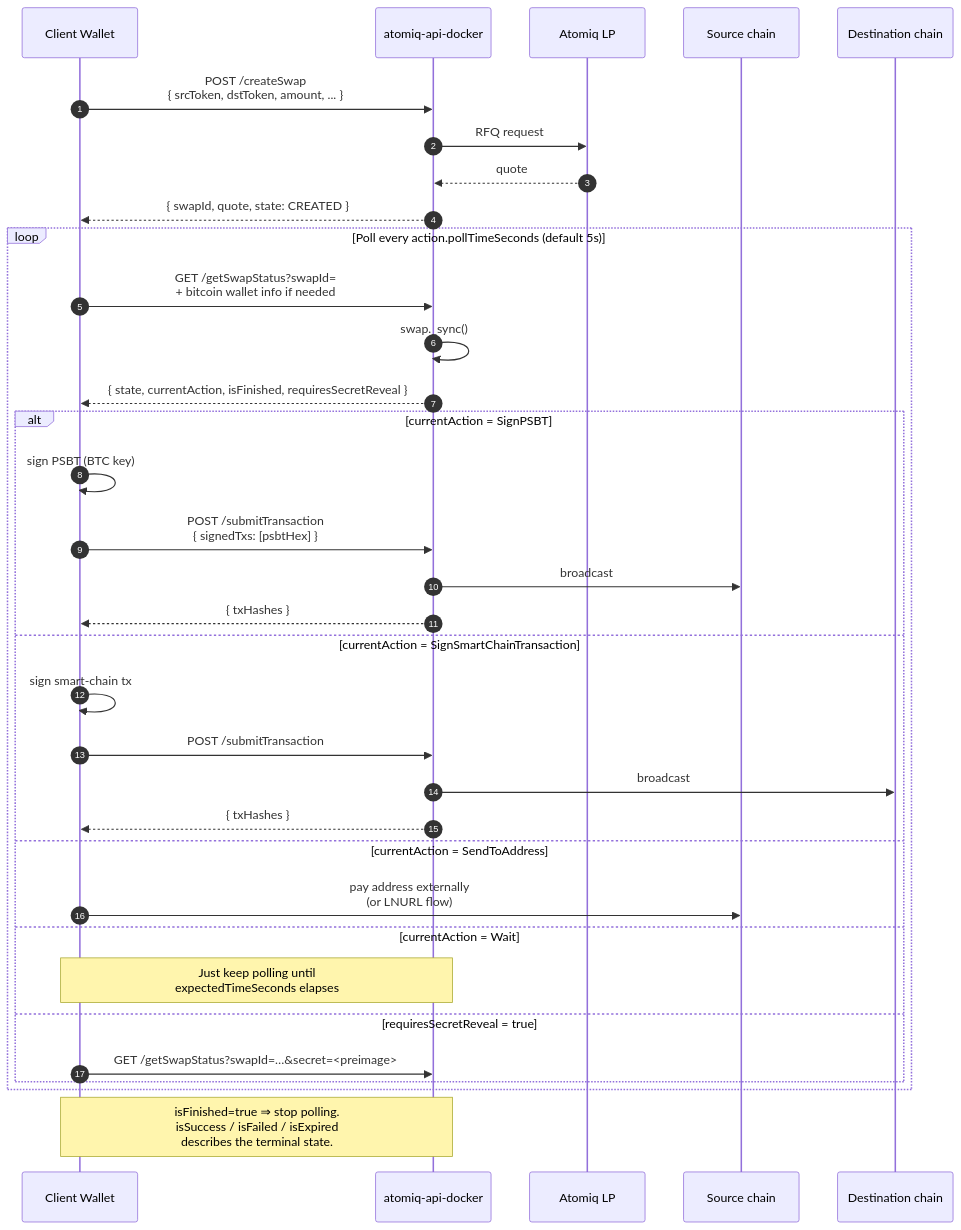
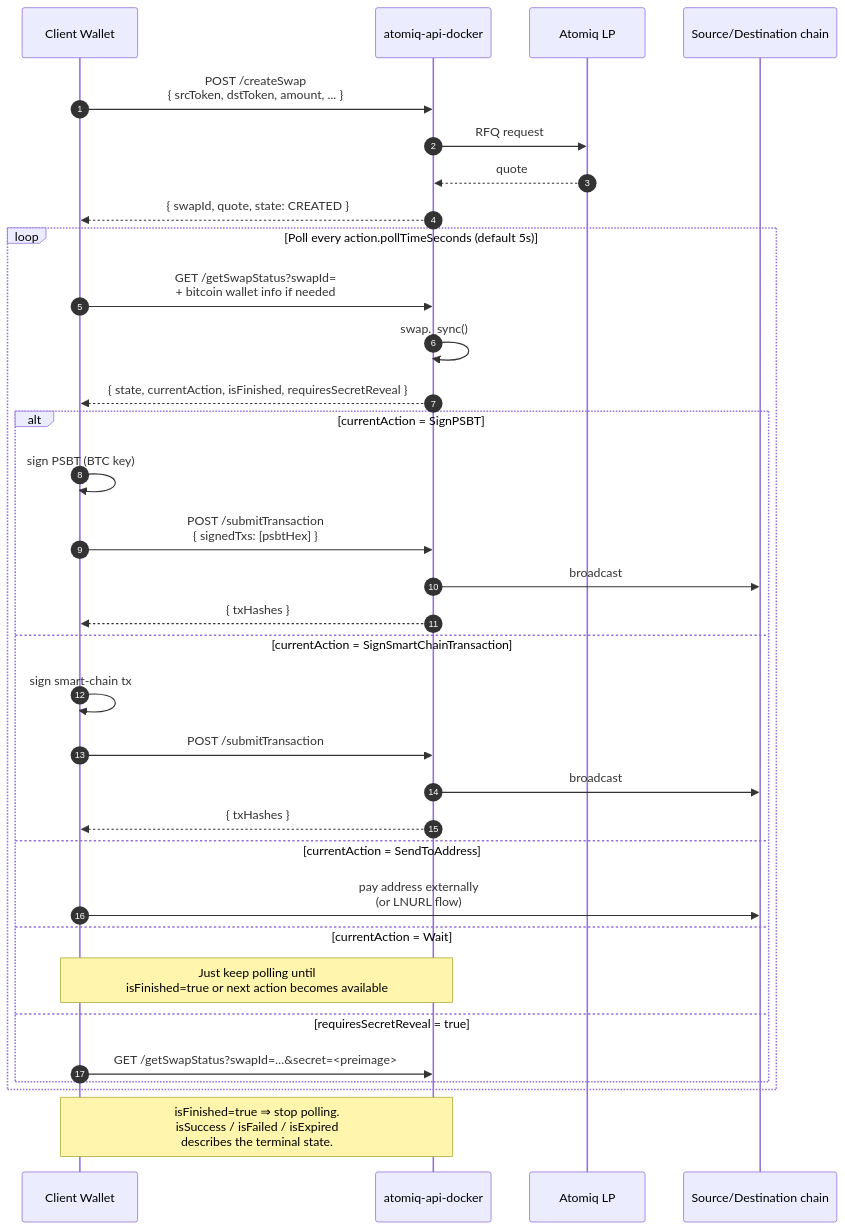
The diagram in README.md (atomiqlabs/atomiq-api-docker), drawn with Mermaid before and after one commit. The commit also changed other lines of this file, not shown here.

````diff
--- a/README.md
+++ b/README.md
@@ -513,40 +486,39 @@
 ```mermaid
 sequenceDiagram
     autonumber
     participant W as Client Wallet
     participant A as atomiq-api-docker
     participant LP as Atomiq LP
-    participant C1 as Source chain
-    participant C2 as Destination chain
+    participant C as Source/Destination chain
 
     W->>A: POST /createSwap<br/>{ srcToken, dstToken, amount, ... }
     A->>LP: RFQ request
     LP-->>A: quote
     A-->>W: { swapId, quote, state: CREATED }
 
     loop Poll every action.pollTimeSeconds (default 5s)
         W->>A: GET /getSwapStatus?swapId=<br/>+ bitcoin wallet info if needed
         A->>A: swap._sync()
         A-->>W: { state, currentAction, isFinished, requiresSecretReveal }
 
         alt currentAction = SignPSBT
             W->>W: sign PSBT (BTC key)
             W->>A: POST /submitTransaction<br/>{ signedTxs: [psbtHex] }
-            A->>C1: broadcast
+            A->>C: broadcast
             A-->>W: { txHashes }
         else currentAction = SignSmartChainTransaction
             W->>W: sign smart-chain tx
             W->>A: POST /submitTransaction
-            A->>C2: broadcast
+            A->>C: broadcast
             A-->>W: { txHashes }
         else currentAction = SendToAddress
-            W->>C1: pay address externally<br/>(or LNURL flow)
+            W->>C: pay address externally<br/>(or LNURL flow)
         else currentAction = Wait
-            Note over W,A: Just keep polling until<br/>expectedTimeSeconds elapses
+            Note over W,A: Just keep polling until<br/>isFinished=true or next action becomes available
         else requiresSecretReveal = true
             W->>A: GET /getSwapStatus?swapId=…&secret=<preimage>
         end
     end
 
     Note over W,A: isFinished=true ⇒ stop polling.<br/>isSuccess / isFailed / isExpired<br/>describes the terminal state.
 ```
````
